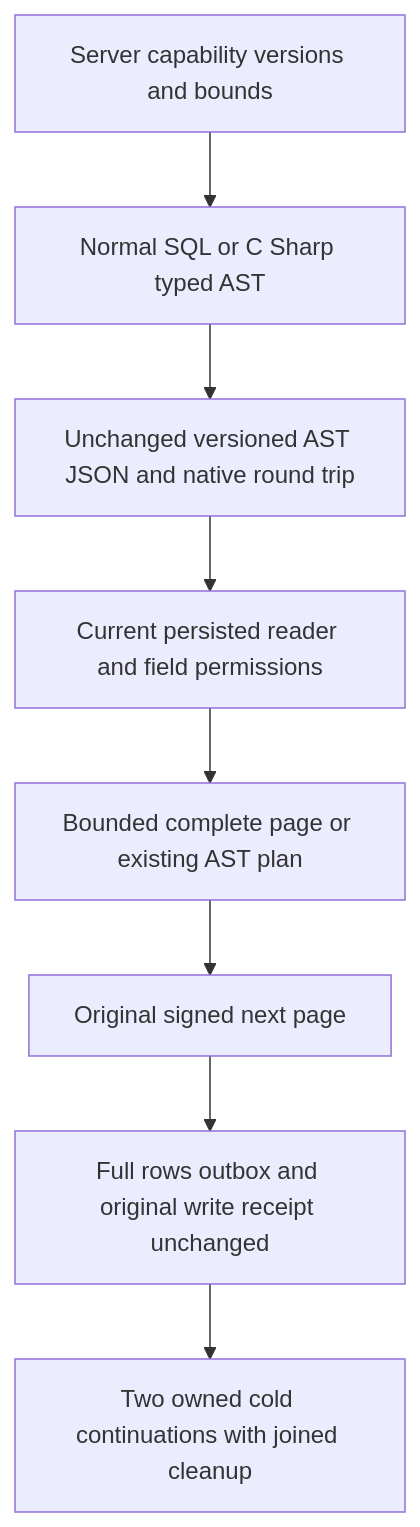
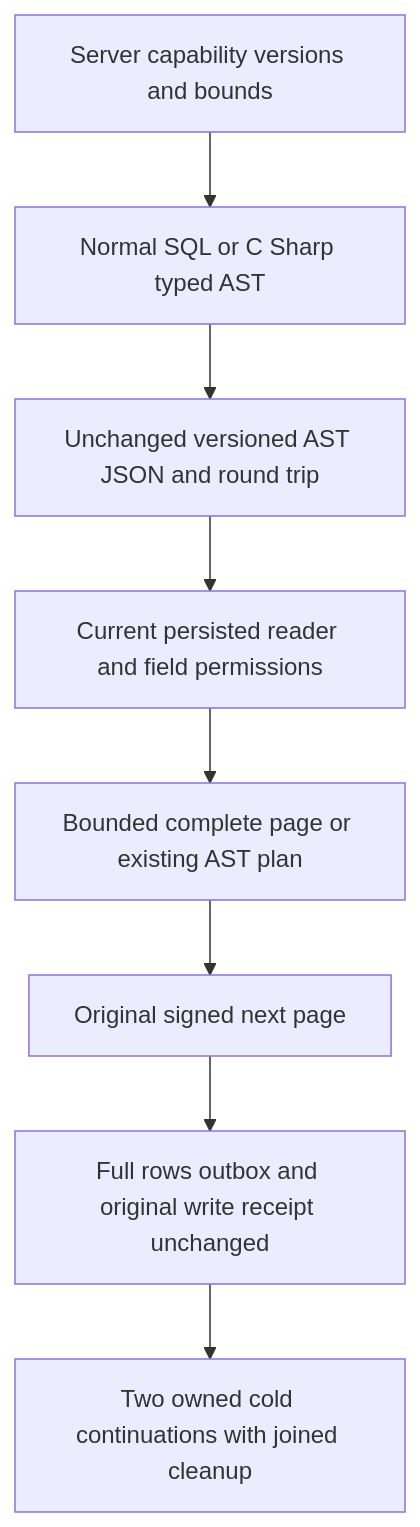
The diagram in docs/Features/QueryExecution/QueryCapabilityVersions.md (managedcode/KeyLoad), drawn with Mermaid before and after one commit. The commit also changed other lines of this file and 9016 other files, not shown here.

````diff
--- a/docs/Features/QueryExecution/QueryCapabilityVersions.md
+++ b/docs/Features/QueryExecution/QueryCapabilityVersions.md
@@ -84,10 +84,10 @@
 ```mermaid
 flowchart TD
     Manifest[Server capability versions and bounds] --> Request[Normal SQL or C Sharp typed AST]
-    Request --> RoundTrip[Unchanged versioned AST JSON and native round trip]
+    Request --> RoundTrip[Unchanged versioned AST JSON and round trip]
     RoundTrip --> Bind[Current persisted reader and field permissions]
     Bind --> Read[Bounded complete page or existing AST plan]
     Read --> Continue[Original signed next page]
     Continue --> Observe[Full rows outbox and original write receipt unchanged]
     Observe --> Cold[Two owned cold continuations with joined cleanup]
 ```
````
